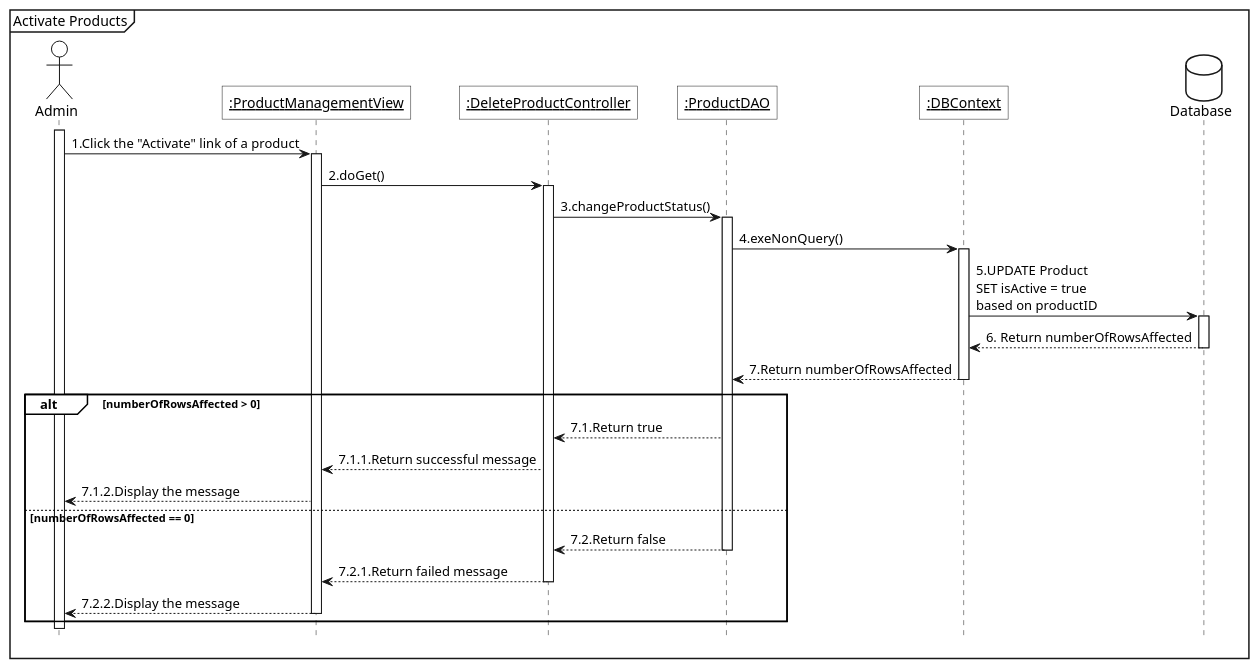
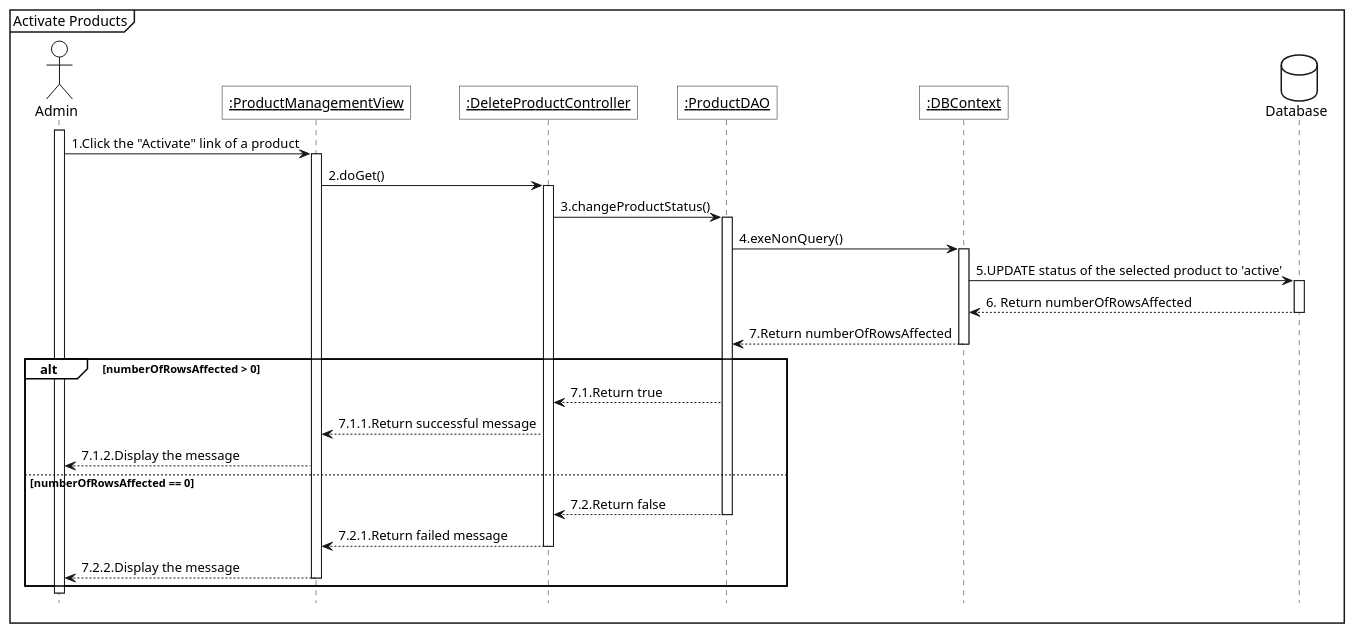
One commit to tienminhthanh/ProjectSWP391 changed the diagram in diagram/sequence/product/management/mane-delete/mane_activate_product.plantuml. Above: the diagram before and after it, drawn with PlantUML. The commit also changed 31 other files, not shown here.

Commit message:
Add state diagram, Update sequence, class diagrams of Product

```diff
--- a/diagram/sequence/product/management/mane-delete/mane_activate_product.plantuml
+++ b/diagram/sequence/product/management/mane-delete/mane_activate_product.plantuml
@@ -1,59 +1,59 @@
 @startuml 
 <style>
     sequenceDiagram{
         actor{
             BackgroundColor white
             LineThickness 1.0
         }
         participant{
             BackgroundColor white
             RoundCorner 0
         }
         database{
             BackgroundColor white
         }
         groupHeader{
             BackgroundColor white
         }
         referenceHeader{
             BackgroundColor white
         }
         reference{
             BackgroundColor white
         }
     }
 </style>
 
 hide footbox
 
 mainframe Activate Products
 
 actor Admin as act
 
 participant "<u>:ProductManagementView" as view
 participant "<u>:DeleteProductController" as ctrl
 participant "<u>:ProductDAO" as dao
 participant "<u>:DBContext" as ctx
 
 database Database as db
 
 act++
 act->view++:1.Click the "Activate" link of a product
 view->ctrl++:2.doGet()
 ctrl->dao++:3.changeProductStatus()
 dao->ctx++:4.exeNonQuery()
-ctx -> db++:5.UPDATE Product\nSET isActive = true\nbased on productID
+ctx -> db++:5.UPDATE status of the selected product to 'active'
 db -->ctx--: 6. Return numberOfRowsAffected
 ctx-->dao--:7.Return numberOfRowsAffected
 
 alt numberOfRowsAffected > 0
     dao --> ctrl: 7.1.Return true
     ctrl --> view: 7.1.1.Return successful message
     view --> act:7.1.2.Display the message
 else numberOfRowsAffected == 0
     dao --> ctrl--: 7.2.Return false
     ctrl --> view--: 7.2.1.Return failed message
     view --> act--:7.2.2.Display the message
 end
 act--
 @enduml
```
